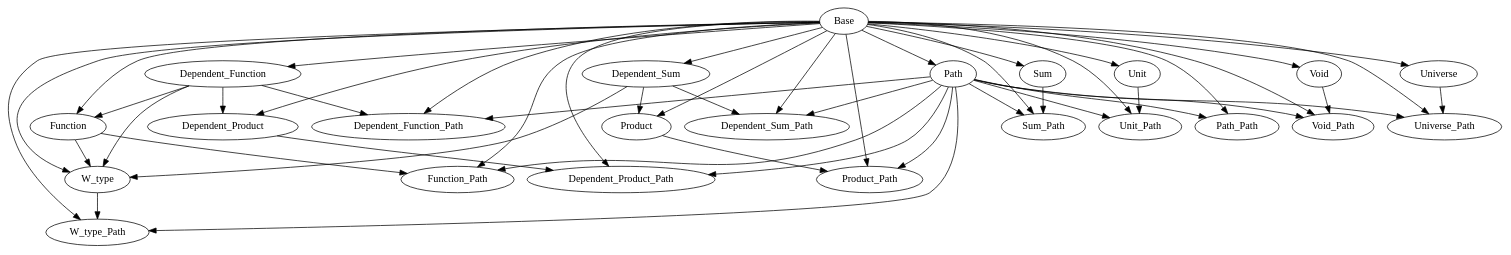
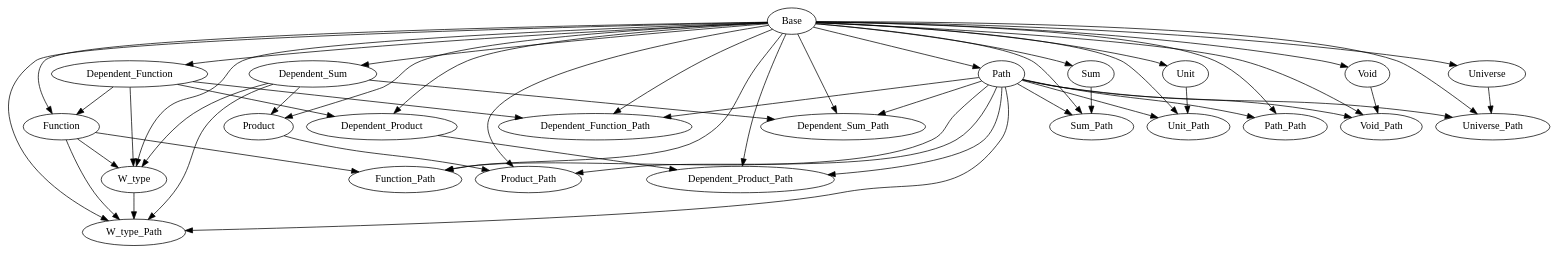
One commit to Hexirp/googology-in-coq changed the diagram in libraries/dependencies.gv. Above: the diagram before and after it, drawn with Graphviz.

Commit message:
Update: dependencies.gv を更新する

```diff
--- a/libraries/dependencies.gv
+++ b/libraries/dependencies.gv
@@ -1,74 +1,76 @@
 digraph Dependencies {
   # Base
   # Dependent_Function
   "Base" -> "Dependent_Function";
   # Function
   "Base" -> "Function";
   "Dependent_Function" -> "Function";
   # Dependent_Product
   "Base" -> "Dependent_Product";
   "Dependent_Function" -> "Dependent_Product";
   # Dependent_Sum
   "Base" -> "Dependent_Sum";
   # Product
   "Base" -> "Product";
   "Dependent_Sum" -> "Product";
   # Sum
   "Base" -> "Sum";
   # Unit
   "Base" -> "Unit";
   # Void
   "Base" -> "Void";
   # W_type
   "Base" -> "W_type";
   "Dependent_Function" -> "W_type";
   "Function" -> "W_type";
   "Dependent_Sum" -> "W_type";
   # Universe
   "Base" -> "Universe";
   # Path
   "Base" -> "Path";
   # Dependent_Function_Path
   "Base" -> "Dependent_Function_Path";
   "Dependent_Function" -> "Dependent_Function_Path";
   "Path" -> "Dependent_Function_Path";
   # Function_Path
   "Base" -> "Function_Path";
   "Function" -> "Function_Path";
   "Path" -> "Function_Path";
   # Dependent_Product_Path
   "Base" -> "Dependent_Product_Path";
   "Dependent_Product" -> "Dependent_Product_Path";
   "Path" -> "Dependent_Product_Path";
   # Dependent_Sum_Path
   "Base" -> "Dependent_Sum_Path";
   "Dependent_Sum" -> "Dependent_Sum_Path";
   "Path" -> "Dependent_Sum_Path";
   # Product_Path
   "Base" -> "Product_Path";
   "Product" -> "Product_Path";
   "Path" -> "Product_Path";
   # Sum_Path
   "Base" -> "Sum_Path";
   "Sum" -> "Sum_Path";
   "Path" -> "Sum_Path";
   # Unit_Path
   "Base" -> "Unit_Path";
   "Unit" -> "Unit_Path";
   "Path" -> "Unit_Path";
   # Void_Path
   "Base" -> "Void_Path";
   "Void" -> "Void_Path";
   "Path" -> "Void_Path";
   # W_type_Path
   "Base" -> "W_type_Path";
+  "Function" -> "W_type_Path";
+  "Dependent_Sum" -> "W_type_Path";
   "W_type" -> "W_type_Path";
   "Path" -> "W_type_Path";
   # Universe_Path
   "Base" -> "Universe_Path";
   "Universe" -> "Universe_Path";
   "Path" -> "Universe_Path";
   # Path_Path
   "Base" -> "Path_Path";
   "Path" -> "Path_Path";
 }
```
